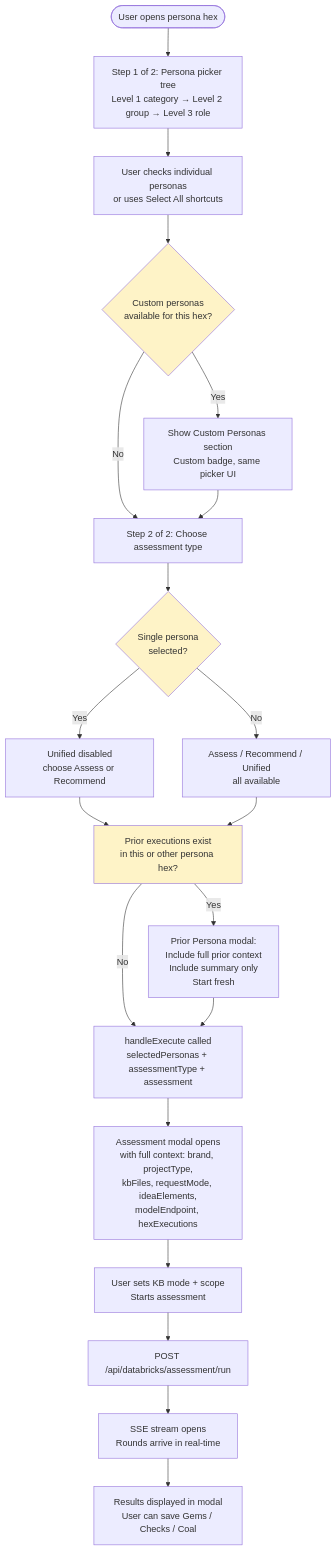
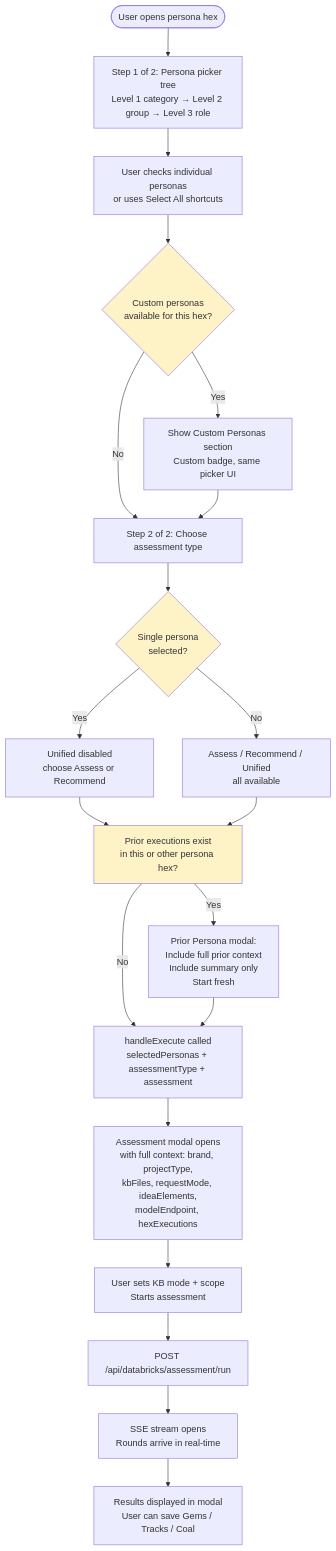
Before and after one commit to Lesliewoodresearch/CoHiveDatabricks3: the fourth of 16 diagrams in Website design 2.md, drawn with Mermaid. The commit also changed other lines of this file and 26 other files, not shown here.

````diff
--- a/Website design 2.md
+++ b/Website design 2.md
@@ -143,26 +143,26 @@
 ```mermaid
 flowchart TD
     A([User opens persona hex]) --> B[Step 1 of 2: Persona picker tree\nLevel 1 category → Level 2 group → Level 3 role]
     B --> C[User checks individual personas\nor uses Select All shortcuts]
     C --> D{Custom personas\navailable for this hex?}
     D -- Yes --> E[Show Custom Personas section\nCustom badge, same picker UI]
     D -- No --> F
     E --> F[Step 2 of 2: Choose assessment type]
     F --> G{Single persona\nselected?}
     G -- Yes --> H[Unified disabled\nchoose Assess or Recommend]
     G -- No --> I[Assess / Recommend / Unified\nall available]
     H --> J
     I --> J[Prior executions exist\nin this or other persona hex?]
     J -- Yes --> K[Prior Persona modal:\nInclude full prior context\nInclude summary only\nStart fresh]
     J -- No --> L
     K --> L[handleExecute called\nselectedPersonas + assessmentType + assessment]
     L --> M[Assessment modal opens\nwith full context: brand, projectType,\nkbFiles, requestMode, ideaElements,\nmodelEndpoint, hexExecutions]
     M --> N[User sets KB mode + scope\nStarts assessment]
     N --> O[POST /api/databricks/assessment/run]
     O --> P[SSE stream opens\nRounds arrive in real-time]
-    P --> Q[Results displayed in modal\nUser can save Gems / Checks / Coal]
+    P --> Q[Results displayed in modal\nUser can save Gems / Tracks / Coal]
 
     style D fill:#fef3c7
     style G fill:#fef3c7
     style J fill:#fef3c7
 ```
````
